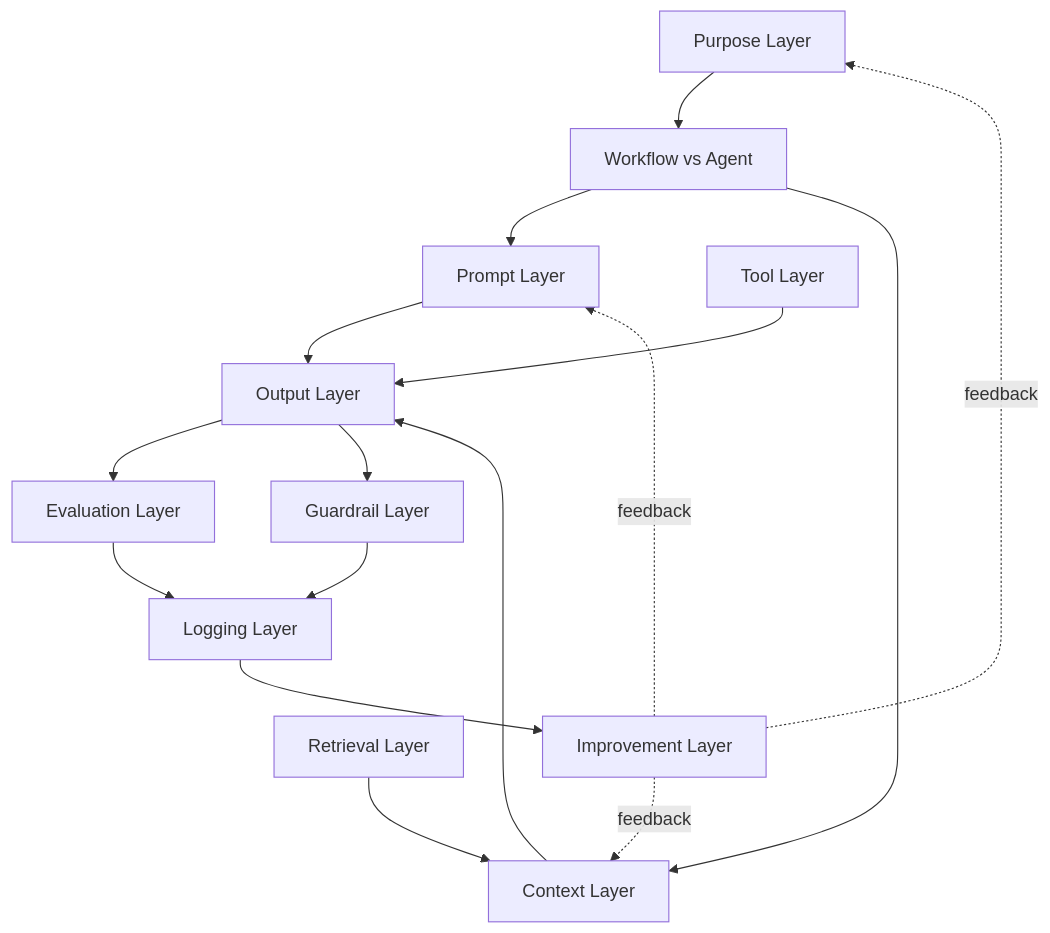
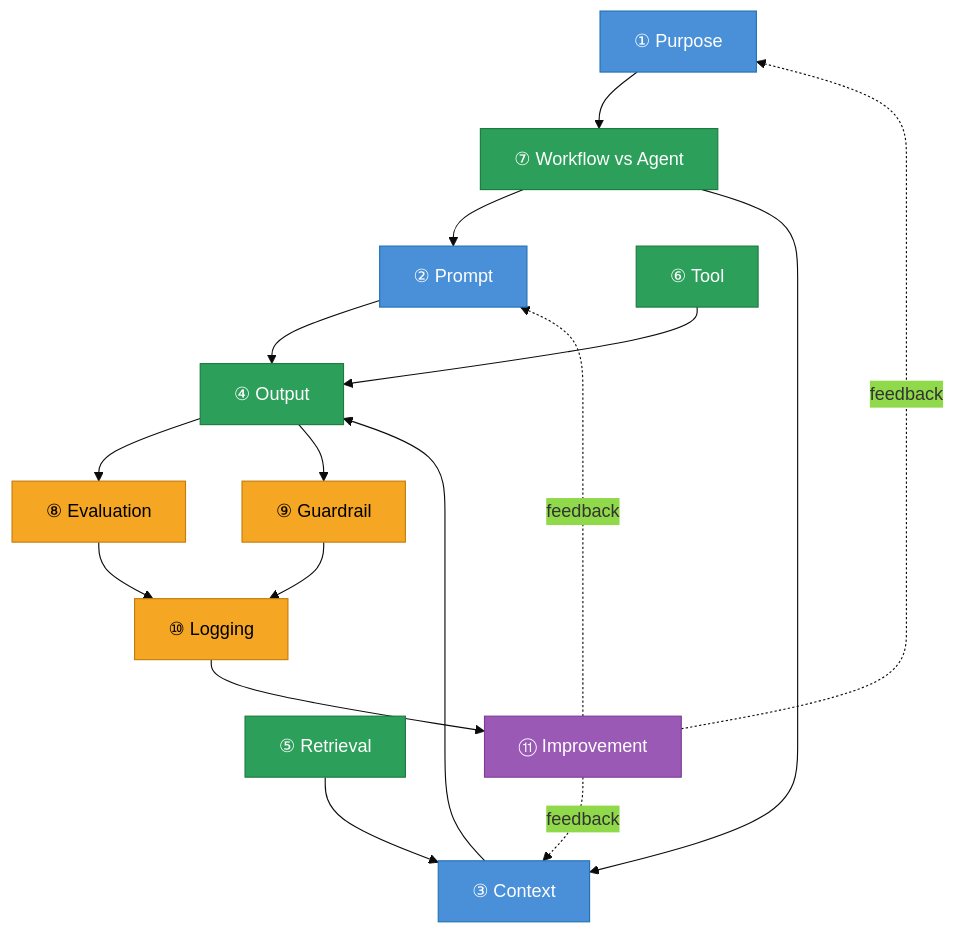
The diagram in 03-Dominios/Tecnologia/IA/AI Engineering Stack/01 - As 11 camadas — visão geral.md (josenaldo/codex-technomanticus), drawn with Mermaid before and after one commit. The commit also changed other lines of this file and 13 other files, not shown here.

````diff
--- a/03-Dominios/Tecnologia/IA/AI Engineering Stack/01 - As 11 camadas — visão geral.md
+++ b/03-Dominios/Tecnologia/IA/AI Engineering Stack/01 - As 11 camadas — visão geral.md
@@ -47,30 +51,36 @@
 ```mermaid
+%%{init: {"theme": "base", "themeVariables": {"primaryColor": "#4A90D9"}}}%%
 graph TB
-    P[Purpose Layer]
-    WA[Workflow vs Agent]
-    PR[Prompt Layer]
-    CT[Context Layer]
-    RT[Retrieval Layer]
-    TL[Tool Layer]
-    OUT[Output Layer]
-    EV[Evaluation Layer]
-    GR[Guardrail Layer]
-    LG[Logging Layer]
-    IM[Improvement Layer]
+    classDef definition fill:#4A90D9,stroke:#2171B5,color:#fff
+    classDef execution fill:#2CA05A,stroke:#1A7A3F,color:#fff
+    classDef control fill:#F5A623,stroke:#C47D0A,color:#000
+    classDef evolution fill:#9B59B6,stroke:#7D3C98,color:#fff
+
+    P["① Purpose"]:::definition
+    PR["② Prompt"]:::definition
+    CT["③ Context"]:::definition
+    OUT["④ Output"]:::execution
+    RT["⑤ Retrieval"]:::execution
+    TL["⑥ Tool"]:::execution
+    WA["⑦ Workflow vs Agent"]:::execution
+    EV["⑧ Evaluation"]:::control
+    GR["⑨ Guardrail"]:::control
+    LG["⑩ Logging"]:::control
+    IM["⑪ Improvement"]:::evolution
 
     P --> WA
     WA --> PR
     WA --> CT
     PR --> OUT
     CT --> OUT
     RT --> CT
     TL --> OUT
     OUT --> EV
     OUT --> GR
     EV --> LG
     GR --> LG
     LG --> IM
-    IM -.feedback.-> P
-    IM -.feedback.-> PR
-    IM -.feedback.-> CT
+    IM -. feedback .-> P
+    IM -. feedback .-> PR
+    IM -. feedback .-> CT
 ```
````
